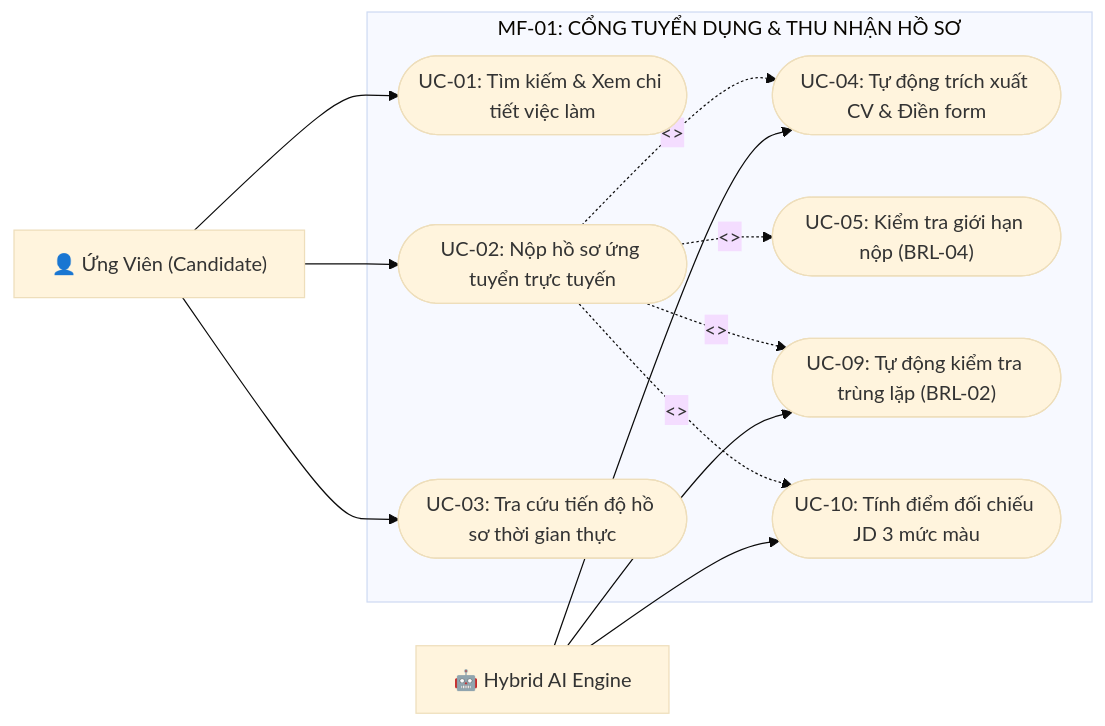
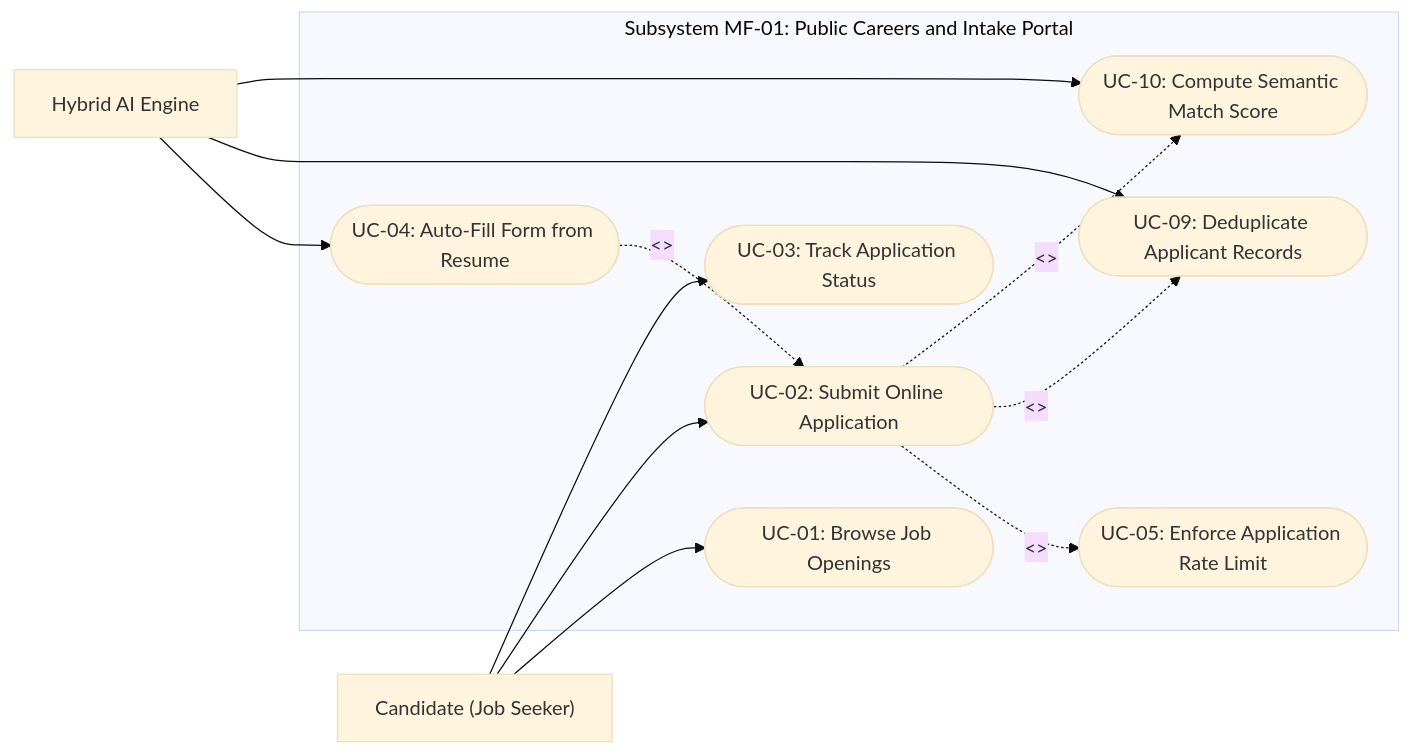
The fourth of 10 diagrams in docs/diagrams/03_usecase_diagram.md (TheBigMouse-Fstack/ats-applicant_tracking_system), drawn with Mermaid (base theme) before and after one commit. The commit also changed other lines of this file and 6 other files, not shown here.

Commit message:
docs(diagrams): convert all use case diagrams and specs to english, remove icons, and align strictly with UML 2.5 standards

````diff
--- a/docs/diagrams/03_usecase_diagram.md
+++ b/docs/diagrams/03_usecase_diagram.md
@@ -299,28 +305,28 @@
 ```mermaid
 flowchart LR
-    Candidate["👤 Ứng Viên (Candidate)"]
-    AIEngine["🤖 Hybrid AI Engine"]
+    Candidate["Candidate (Job Seeker)"]
+    AIEngine["Hybrid AI Engine"]
 
-    subgraph MF01["MF-01: CỔNG TUYỂN DỤNG & THU NHẬN HỒ SƠ"]
-        UC01(["UC-01: Tìm kiếm & Xem chi tiết việc làm"])
-        UC02(["UC-02: Nộp hồ sơ ứng tuyển trực tuyến"])
-        UC03(["UC-03: Tra cứu tiến độ hồ sơ thời gian thực"])
-        UC04(["UC-04: Tự động trích xuất CV & Điền form"])
-        UC05(["UC-05: Kiểm tra giới hạn nộp (BRL-04)"])
-        UC09(["UC-09: Tự động kiểm tra trùng lặp (BRL-02)"])
-        UC10(["UC-10: Tính điểm đối chiếu JD 3 mức màu"])
+    subgraph MF01["Subsystem MF-01: Public Careers and Intake Portal"]
+        UC01(["UC-01: Browse Job Openings"])
+        UC02(["UC-02: Submit Online Application"])
+        UC03(["UC-03: Track Application Status"])
+        UC04(["UC-04: Auto-Fill Form from Resume"])
+        UC05(["UC-05: Enforce Application Rate Limit"])
+        UC09(["UC-09: Deduplicate Applicant Records"])
+        UC10(["UC-10: Compute Semantic Match Score"])
     end
 
     Candidate --> UC01
     Candidate --> UC02
     Candidate --> UC03
 
     AIEngine --> UC04
     AIEngine --> UC09
     AIEngine --> UC10
 
     UC02 -. "<<include>>" .-> UC05
     UC02 -. "<<include>>" .-> UC09
     UC02 -. "<<include>>" .-> UC10
-    UC02 -. "<<extend>>" .-> UC04
+    UC04 -. "<<extend>>" .-> UC02
 ```
````
